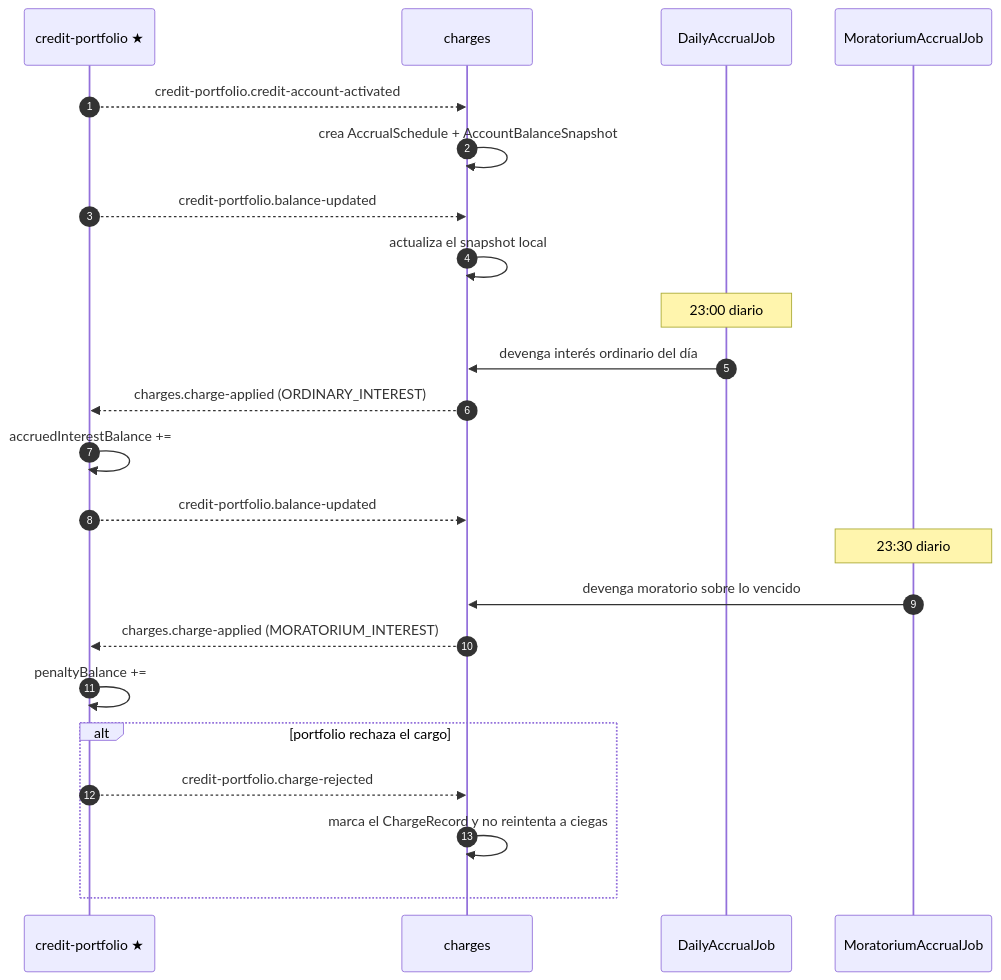
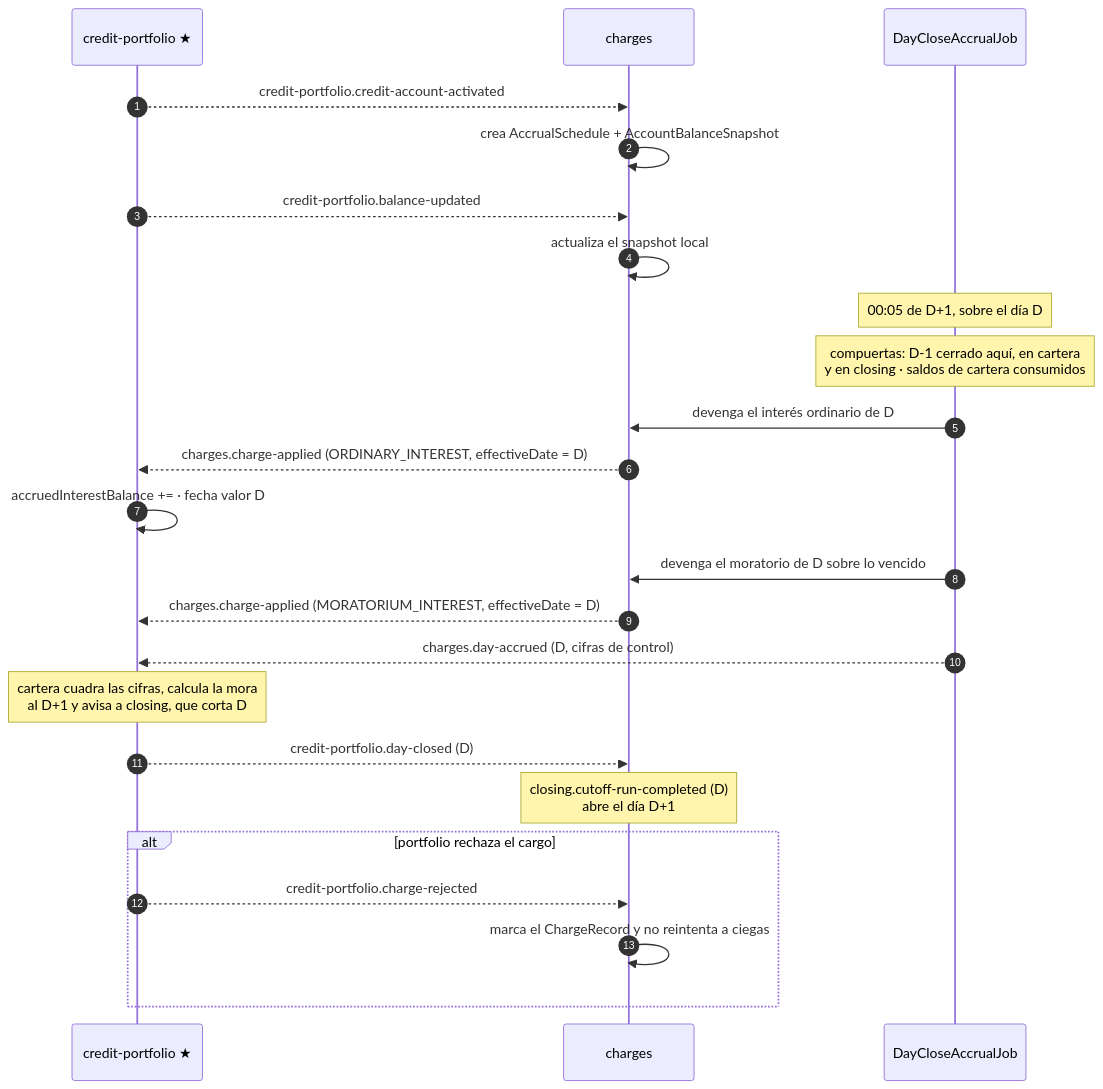
One commit to Emmanuel93/fintech-services changed the third of 4 diagrams in services/charges-service/README.md. Above: the diagram before and after it, drawn with Mermaid. The commit also changed other lines of this file and 62 other files, not shown here.

````diff
--- a/services/charges-service/README.md
+++ b/services/charges-service/README.md
@@ -96,29 +99,29 @@
 ```mermaid
 sequenceDiagram
     autonumber
     participant CP as credit-portfolio ★
     participant CH as charges
-    participant J as DailyAccrualJob
-    participant M as MoratoriumAccrualJob
+    participant J as DayCloseAccrualJob
 
     CP-->>CH: credit-portfolio.credit-account-activated
     CH->>CH: crea AccrualSchedule + AccountBalanceSnapshot
     CP-->>CH: credit-portfolio.balance-updated
     CH->>CH: actualiza el snapshot local
 
-    Note over J: 23:00 diario
-    J->>CH: devenga interés ordinario del día
-    CH-->>CP: charges.charge-applied (ORDINARY_INTEREST)
-    CP->>CP: accruedInterestBalance +=
-    CP-->>CH: credit-portfolio.balance-updated
-
-    Note over M: 23:30 diario
-    M->>CH: devenga moratorio sobre lo vencido
-    CH-->>CP: charges.charge-applied (MORATORIUM_INTEREST)
-    CP->>CP: penaltyBalance +=
+    Note over J: 00:05 de D+1, sobre el día D
+    Note over J: compuertas: D-1 cerrado aquí, en cartera<br/>y en closing · saldos de cartera consumidos
+    J->>CH: devenga el interés ordinario de D
+    CH-->>CP: charges.charge-applied (ORDINARY_INTEREST, effectiveDate = D)
+    CP->>CP: accruedInterestBalance += · fecha valor D
+    J->>CH: devenga el moratorio de D sobre lo vencido
+    CH-->>CP: charges.charge-applied (MORATORIUM_INTEREST, effectiveDate = D)
+    J-->>CP: charges.day-accrued (D, cifras de control)
+    Note over CP: cartera cuadra las cifras, calcula la mora<br/>al D+1 y avisa a closing, que corta D
+    CP-->>CH: credit-portfolio.day-closed (D)
+    Note over CH: closing.cutoff-run-completed (D)<br/>abre el día D+1
 
     alt portfolio rechaza el cargo
         CP-->>CH: credit-portfolio.charge-rejected
         CH->>CH: marca el ChargeRecord y no reintenta a ciegas
     end
 ```
````
